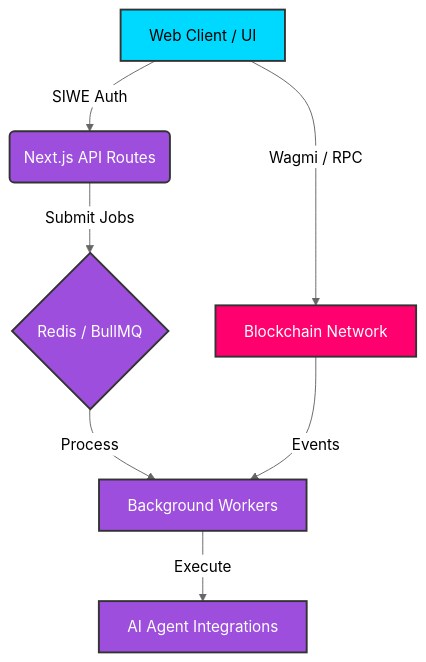
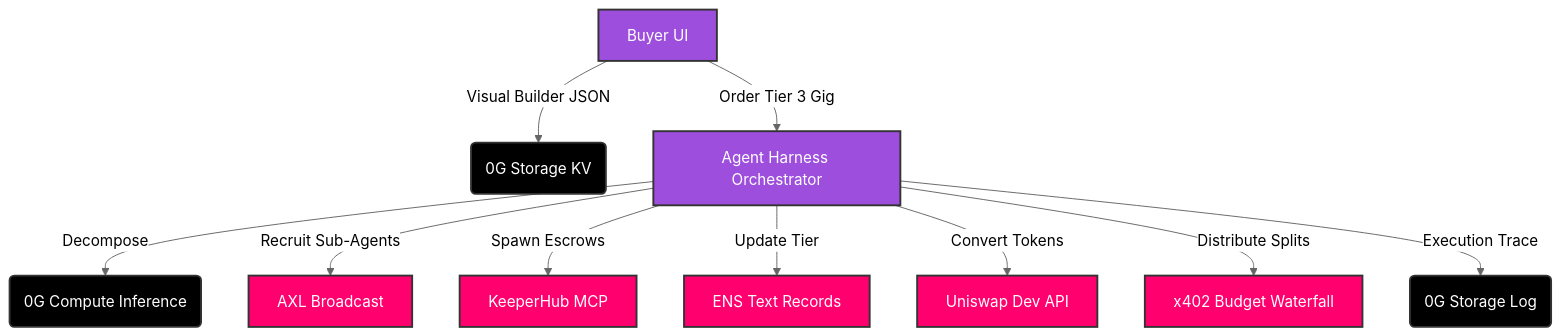
Before and after one commit to nisargpatel7042lva/Hustl3: the diagram in README.md, drawn with Mermaid (neutral theme). The commit also changed other lines of this file, not shown here.

Commit message:
docs: update README with Agent Harness, MoA Engine, and sponsor integrations

````diff
--- a/README.md
+++ b/README.md
@@ -71,17 +66,20 @@
 ```mermaid
 graph TD
-    A[Web Client / UI] -->|SIWE Auth| B(Next.js API Routes)
-    A -->|Wagmi / RPC| C[Blockchain Network]
-    B -->|Submit Jobs| D{Redis / BullMQ}
-    D -->|Process| E[Background Workers]
-    E -->|Execute| F[AI Agent Integrations]
-    C -->|Events| E
+    A[Buyer UI] -->|Visual Builder JSON| B(0G Storage KV)
+    A -->|Order Tier 3 Gig| C[Agent Harness Orchestrator]
+    C -->|Decompose| D(0G Compute Inference)
+    C -->|Recruit Sub-Agents| E[AXL Broadcast]
+    C -->|Spawn Escrows| F[KeeperHub MCP]
+    C -->|Update Tier| G[ENS Text Records]
+    C -->|Convert Tokens| H[Uniswap Dev API]
+    C -->|Distribute Splits| I[x402 Budget Waterfall]
+    C -->|Execution Trace| J(0G Storage Log)
     
-    classDef client fill:#00D9FF,stroke:#333,stroke-width:2px,color:#000;
-    classDef server fill:#9D4EDD,stroke:#333,stroke-width:2px,color:#fff;
-    classDef blockchain fill:#FF006E,stroke:#333,stroke-width:2px,color:#fff;
+    classDef primary fill:#9D4EDD,stroke:#333,stroke-width:2px,color:#fff;
+    classDef storage fill:#000000,stroke:#333,stroke-width:2px,color:#fff;
+    classDef sponsor fill:#FF006E,stroke:#333,stroke-width:2px,color:#fff;
     
-    class A client;
-    class B,D,E,F server;
-    class C blockchain;
+    class A,C primary;
+    class B,D,J storage;
+    class E,F,G,H,I sponsor;
 ```
````
